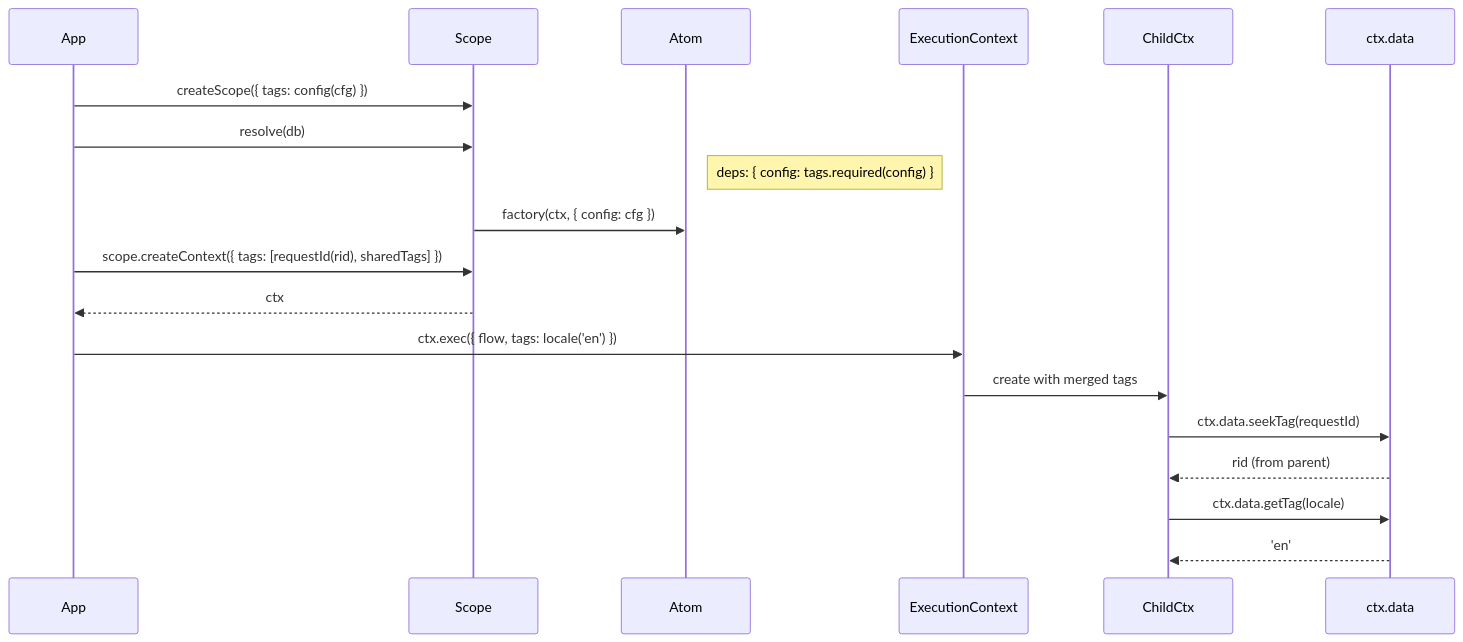
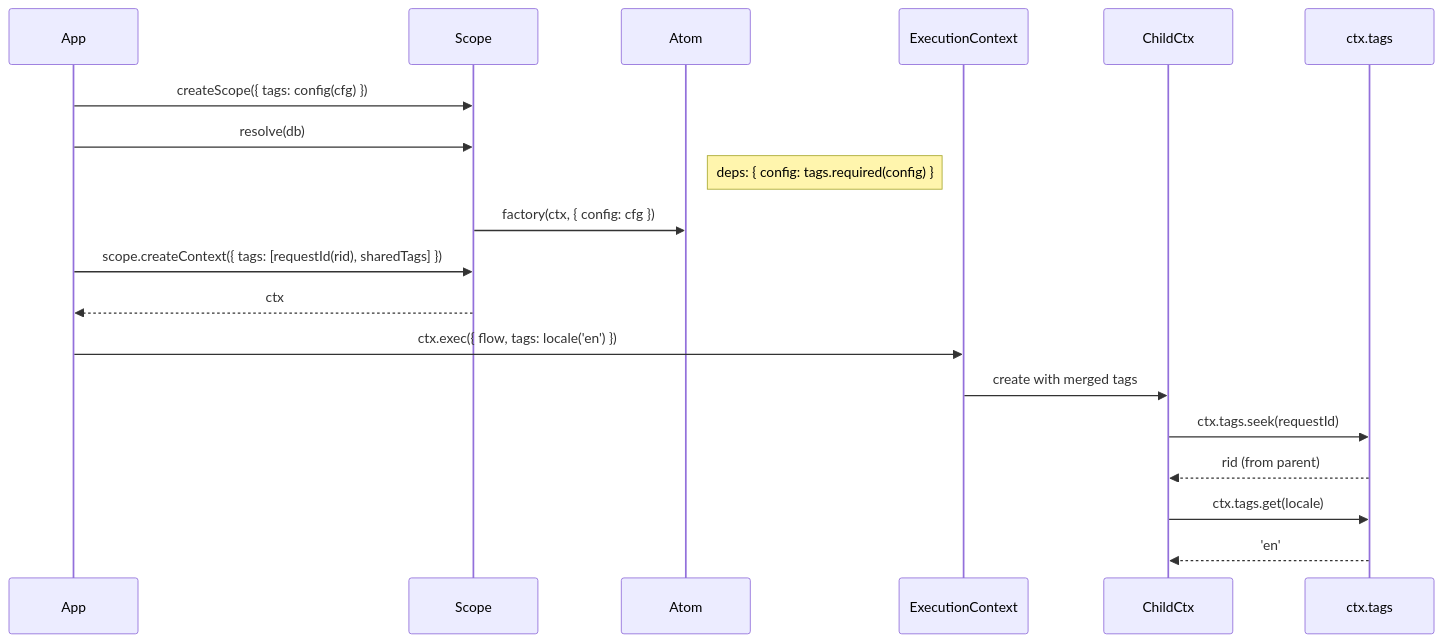
One commit to pumped-fn/pumped-fn changed the sixth of 12 diagrams in pkg/core/lite/PATTERNS.md. Above: the diagram before and after it, drawn with Mermaid. The commit also changed other lines of this file and 43 other files, not shown here.

````diff
--- a/pkg/core/lite/PATTERNS.md
+++ b/pkg/core/lite/PATTERNS.md
@@ -324,26 +324,26 @@
 ```mermaid
 sequenceDiagram
     participant App
     participant Scope
     participant Atom
     participant Ctx as ExecutionContext
     participant ChildCtx
-    participant Data as ctx.data
+    participant Tags as ctx.tags
 
     App->>Scope: createScope({ tags: config(cfg) })
     App->>Scope: resolve(db)
     Note right of Atom: deps: { config: tags.required(config) }
     Scope->>Atom: factory(ctx, { config: cfg })
 
     App->>Scope: scope.createContext({ tags: [requestId(rid), sharedTags] })
     Scope-->>App: ctx
 
     App->>Ctx: ctx.exec({ flow, tags: locale('en') })
     Ctx->>ChildCtx: create with merged tags
 
-    ChildCtx->>Data: ctx.data.seekTag(requestId)
-    Data-->>ChildCtx: rid (from parent)
+    ChildCtx->>Tags: ctx.tags.seek(requestId)
+    Tags-->>ChildCtx: rid (from parent)
 
-    ChildCtx->>Data: ctx.data.getTag(locale)
-    Data-->>ChildCtx: 'en'
+    ChildCtx->>Tags: ctx.tags.get(locale)
+    Tags-->>ChildCtx: 'en'
 ```
````
